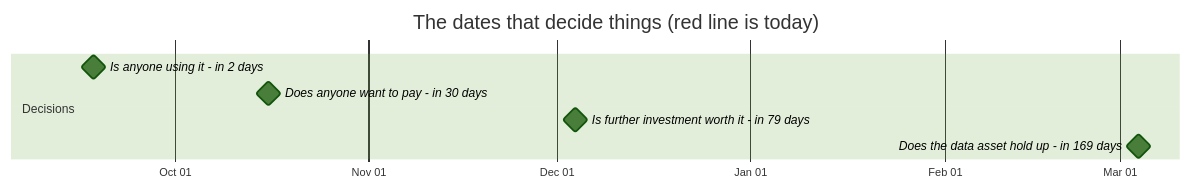
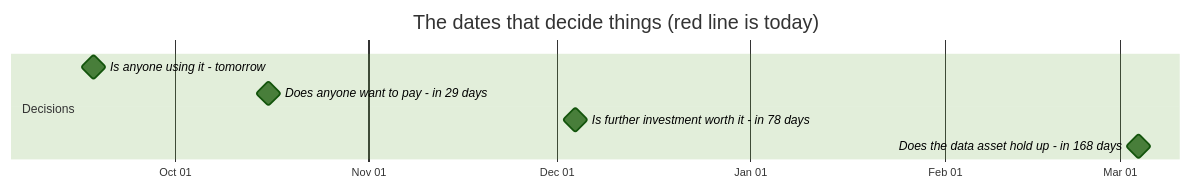
The first of 2 diagrams in docs/OWNER.md (jakegu1/vetagent), drawn with Mermaid (forest theme) before and after one commit. The commit also changed other lines of this file and 3 other files, not shown here.

````diff
--- a/docs/OWNER.md
+++ b/docs/OWNER.md
@@ -91,12 +91,12 @@
 ```mermaid
 gantt
     dateFormat YYYY-MM-DD
     axisFormat %b %d
     todayMarker stroke-width:3px,stroke:#d33,stroke-dasharray:0
     title The dates that decide things (red line is today)
     section Decisions
-    Is anyone using it - in 2 days :milestone, 2026-09-18, 0d
-    Does anyone want to pay - in 30 days :milestone, 2026-10-16, 0d
-    Is further investment worth it - in 79 days :milestone, 2026-12-04, 0d
-    Does the data asset hold up - in 169 days :milestone, 2027-03-04, 0d
+    Is anyone using it - tomorrow :milestone, 2026-09-18, 0d
+    Does anyone want to pay - in 29 days :milestone, 2026-10-16, 0d
+    Is further investment worth it - in 78 days :milestone, 2026-12-04, 0d
+    Does the data asset hold up - in 168 days :milestone, 2027-03-04, 0d
 ```
````
